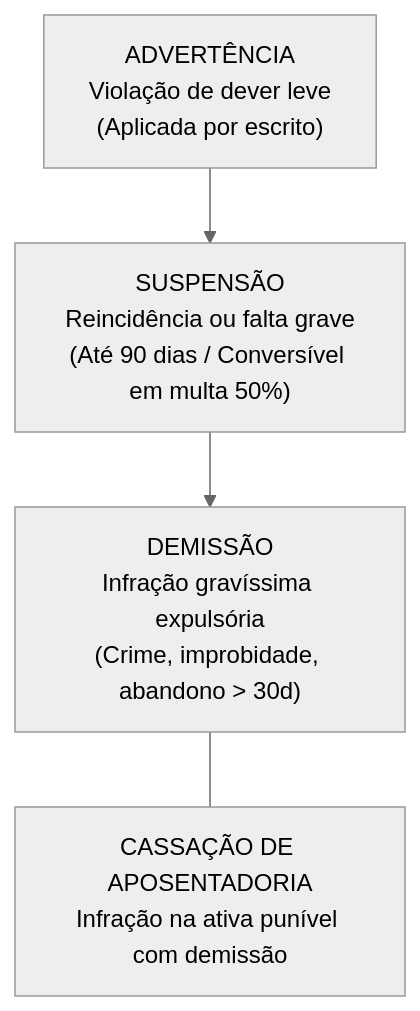
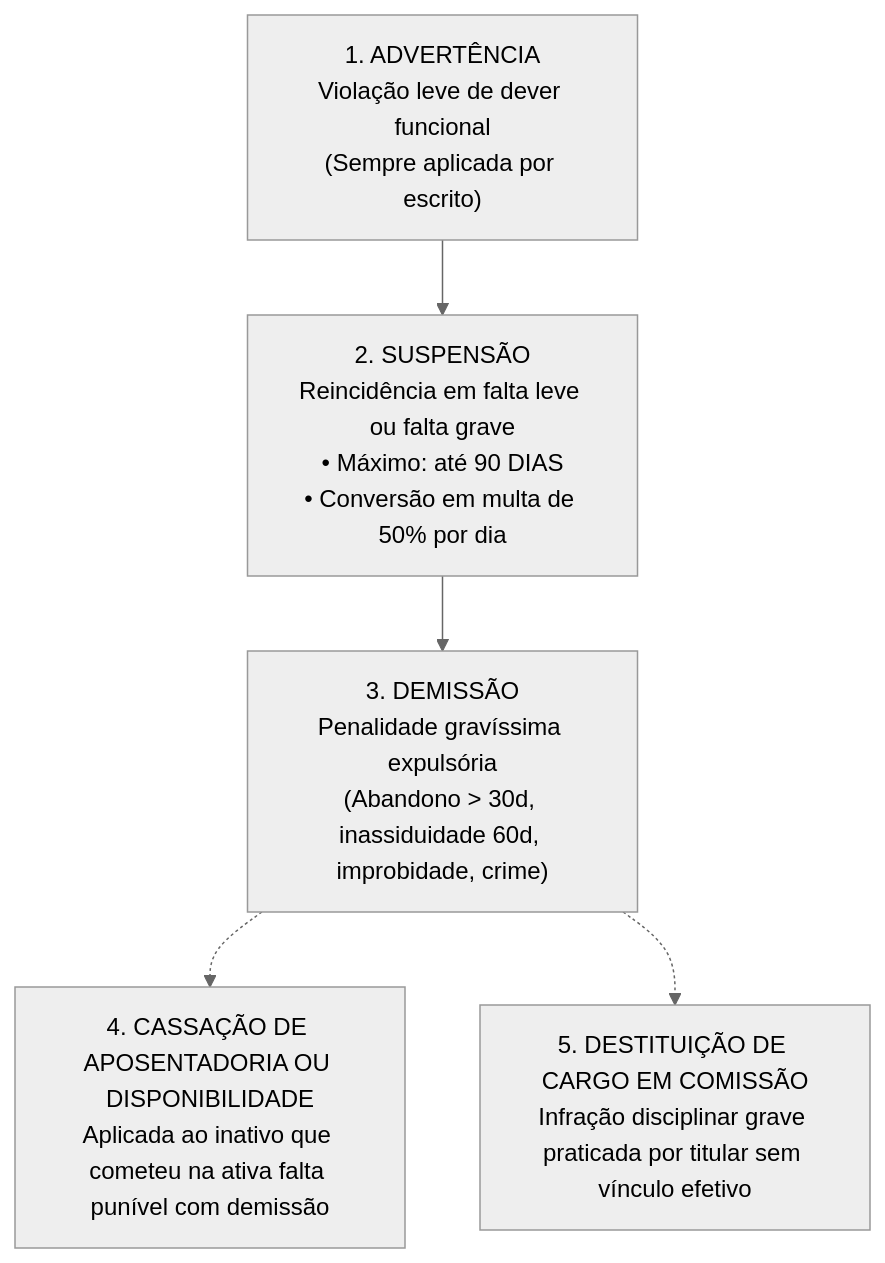
One commit to thiagosantos346/TCE-GO-2027 changed the eighth of 9 diagrams in fontes_de_estudo/conhecimentos_especificos_a01_tecnico_administrativo/25_gestao_de_pessoas/04_estatuto_dos_servidores_do_estado_de_goias_lei_20756.md. Above: the diagram before and after it, drawn with Mermaid (neutral theme). The commit also changed other lines of this file and 119 other files, not shown here.

````diff
--- a/fontes_de_estudo/conhecimentos_especificos_a01_tecnico_administrativo/25_gestao_de_pessoas/04_estatuto_dos_servidores_do_estado_de_goias_lei_20756.md
+++ b/fontes_de_estudo/conhecimentos_especificos_a01_tecnico_administrativo/25_gestao_de_pessoas/04_estatuto_dos_servidores_do_estado_de_goias_lei_20756.md
@@ -198,10 +366,12 @@
 ```mermaid
 flowchart TD
-    P1["ADVERTÊNCIA<br/>Violação de dever leve<br/>(Aplicada por escrito)"]
-    P2["SUSPENSÃO<br/>Reincidência ou falta grave<br/>(Até 90 dias / Conversível em multa 50%)"]
-    P3["DEMISSÃO<br/>Infração gravíssima expulsória<br/>(Crime, improbidade, abandono > 30d)"]
-    P4["CASSAÇÃO DE APOSENTADORIA<br/>Infração na ativa punível com demissão"]
+    P1["1. ADVERTÊNCIA<br/>Violação leve de dever funcional<br/>(Sempre aplicada por escrito)"]
+    P2["2. SUSPENSÃO<br/>Reincidência em falta leve ou falta grave<br/>• Máximo: até 90 DIAS<br/>• Conversão em multa de 50% por dia"]
+    P3["3. DEMISSÃO<br/>Penalidade gravíssima expulsória<br/>(Abandono > 30d, inassiduidade 60d, improbidade, crime)"]
+    P4["4. CASSAÇÃO DE APOSENTADORIA OU DISPONIBILIDADE<br/>Aplicada ao inativo que cometeu na ativa falta punível com demissão"]
+    P5["5. DESTITUIÇÃO DE CARGO EM COMISSÃO<br/>Infração disciplinar grave praticada por titular sem vínculo efetivo"]
 
     P1 --> P2 --> P3
-    P3 --- P4
+    P3 -.-> P4
+    P3 -.-> P5
 ```
````
